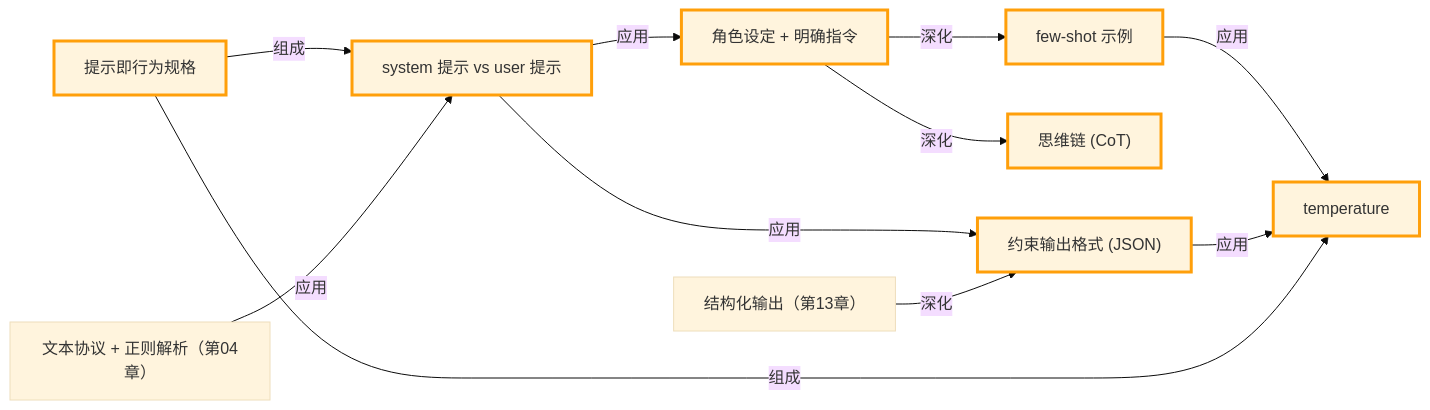
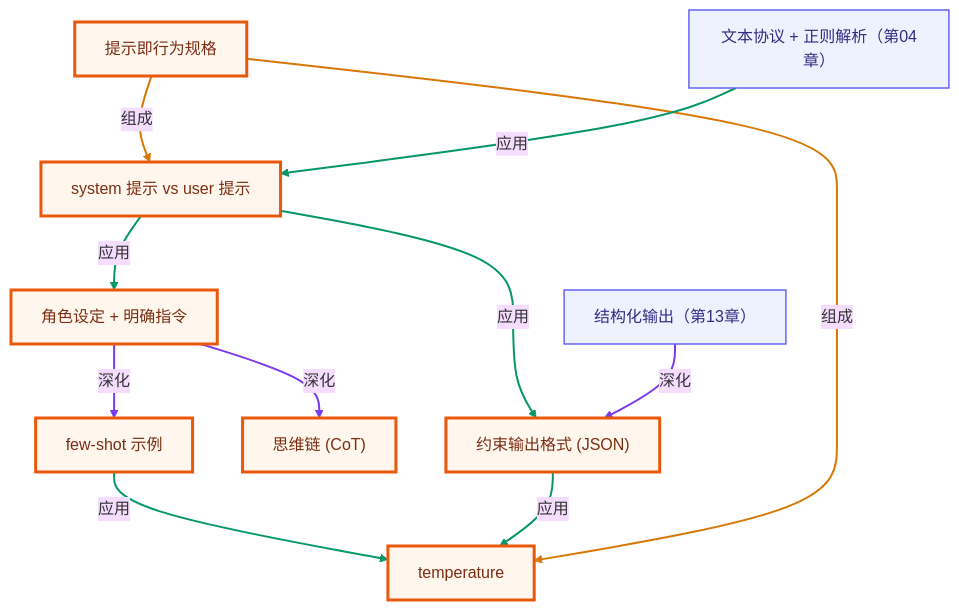
One commit to songuu/agent changed the second of 2 diagrams in lessons/03-prompt-engineering/README.md. Above: the diagram before and after it, drawn with Mermaid (base theme). The commit also changed other lines of this file and 72 other files, not shown here.

````diff
--- a/lessons/03-prompt-engineering/README.md
+++ b/lessons/03-prompt-engineering/README.md
@@ -202,29 +204,36 @@
 ```mermaid
-graph LR
+graph TB
+  classDef own fill:#fff7ed,stroke:#ea580c,stroke-width:3px,color:#7c2d12;
+  classDef cross fill:#eef2ff,stroke:#6366f1,stroke-width:1.5px,color:#312e81;
   n_c03_system_vs_user["system 提示 vs user 提示"]
   n_c03_role_instruction["角色设定 + 明确指令"]
   n_c03_few_shot["few-shot 示例"]
   n_c03_cot["思维链 (CoT)"]
   n_c03_constrained_output["约束输出格式 (JSON)"]
   n_c03_temperature["temperature"]
   n_c03_prompt_as_spec["提示即行为规格"]
   n_c04_text_protocol["文本协议 + 正则解析（第04章）"]
   n_c13_structured_output["结构化输出（第13章）"]
   n_c03_prompt_as_spec -->|组成| n_c03_system_vs_user
   n_c03_system_vs_user -->|应用| n_c03_role_instruction
   n_c03_role_instruction -->|深化| n_c03_few_shot
   n_c03_role_instruction -->|深化| n_c03_cot
   n_c03_system_vs_user -->|应用| n_c03_constrained_output
   n_c03_few_shot -->|应用| n_c03_temperature
   n_c03_constrained_output -->|应用| n_c03_temperature
   n_c03_prompt_as_spec -->|组成| n_c03_temperature
   n_c04_text_protocol -->|应用| n_c03_system_vs_user
   n_c13_structured_output -->|深化| n_c03_constrained_output
-  style n_c03_system_vs_user stroke:#ff9f0a,stroke-width:3px
-  style n_c03_role_instruction stroke:#ff9f0a,stroke-width:3px
-  style n_c03_few_shot stroke:#ff9f0a,stroke-width:3px
-  style n_c03_cot stroke:#ff9f0a,stroke-width:3px
-  style n_c03_constrained_output stroke:#ff9f0a,stroke-width:3px
-  style n_c03_temperature stroke:#ff9f0a,stroke-width:3px
-  style n_c03_prompt_as_spec stroke:#ff9f0a,stroke-width:3px
+  class n_c03_system_vs_user,n_c03_role_instruction,n_c03_few_shot,n_c03_cot,n_c03_constrained_output,n_c03_temperature,n_c03_prompt_as_spec own;
+  class n_c04_text_protocol,n_c13_structured_output cross;
+  linkStyle 0 stroke:#d97706,stroke-width:2px;
+  linkStyle 1 stroke:#059669,stroke-width:2px;
+  linkStyle 2 stroke:#7c3aed,stroke-width:2px;
+  linkStyle 3 stroke:#7c3aed,stroke-width:2px;
+  linkStyle 4 stroke:#059669,stroke-width:2px;
+  linkStyle 5 stroke:#059669,stroke-width:2px;
+  linkStyle 6 stroke:#059669,stroke-width:2px;
+  linkStyle 7 stroke:#d97706,stroke-width:2px;
+  linkStyle 8 stroke:#059669,stroke-width:2px;
+  linkStyle 9 stroke:#7c3aed,stroke-width:2px;
 ```
````
